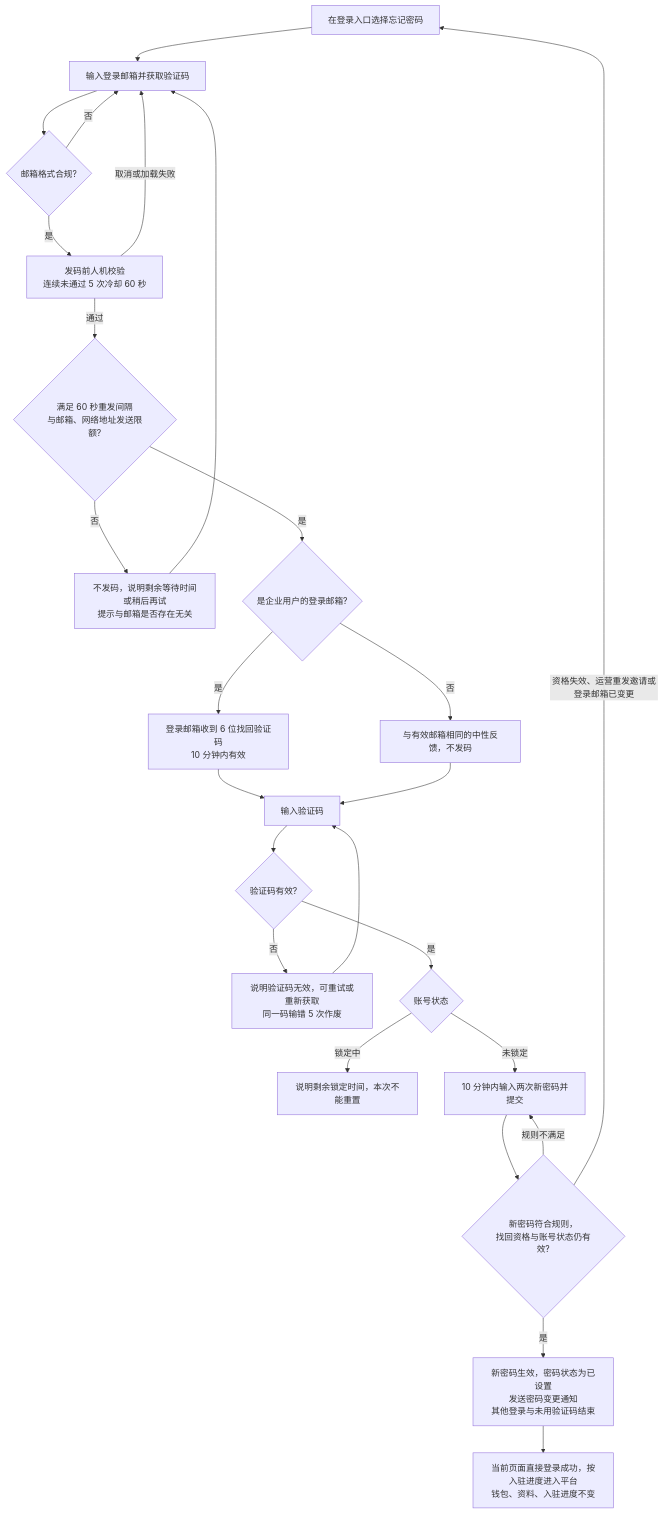
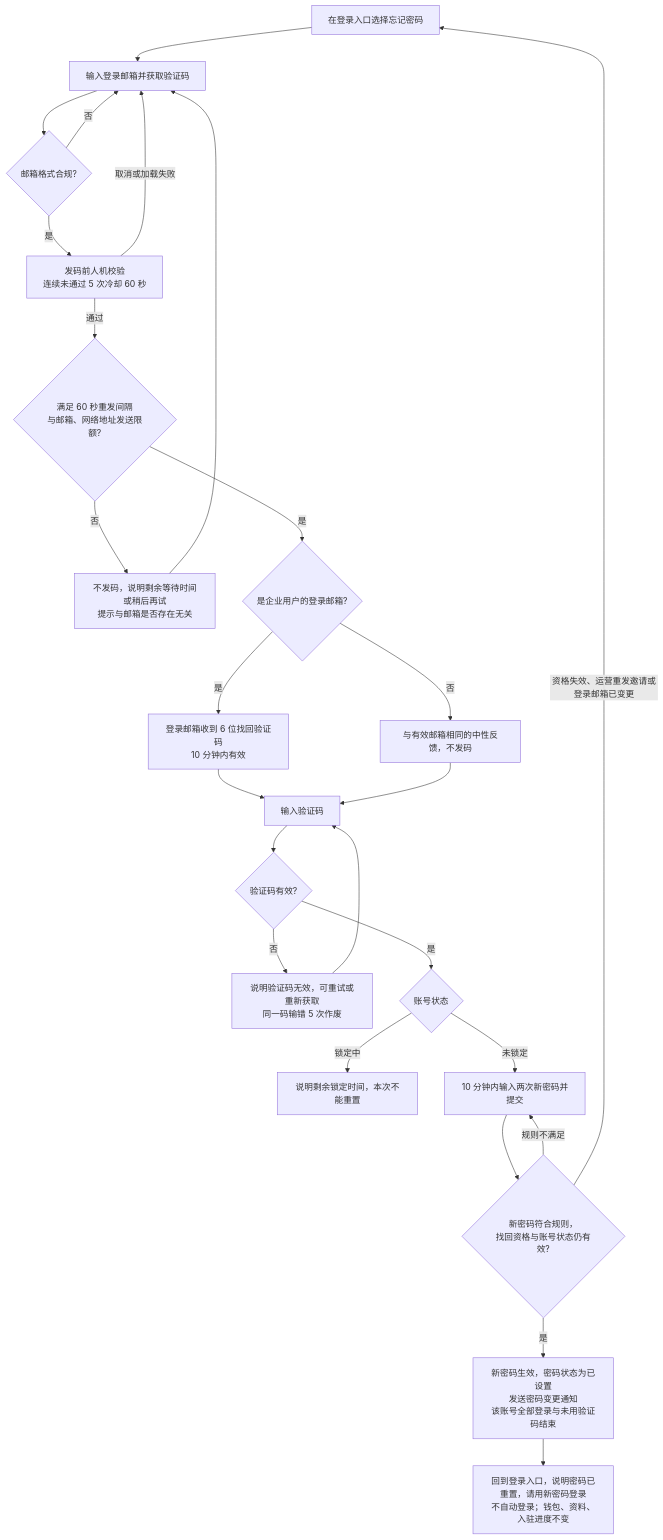
Before and after one commit to wxblockchain/Chain-Financing: the second of 11 diagrams in asset-trust-platform/PRD/企业端/M1-企业登录与首次入驻/02-企业登录与首次入驻-流程图与状态机.md, drawn with Mermaid. The commit also changed other lines of this file and 4 other files, not shown here.

````diff
--- a/asset-trust-platform/PRD/企业端/M1-企业登录与首次入驻/02-企业登录与首次入驻-流程图与状态机.md
+++ b/asset-trust-platform/PRD/企业端/M1-企业登录与首次入驻/02-企业登录与首次入驻-流程图与状态机.md
@@ -67,27 +67,27 @@
 ```mermaid
 flowchart TD
     A[在登录入口选择忘记密码] --> B[输入登录邮箱并获取验证码]
     B --> B0{邮箱格式合规?}
     B0 -->|否| B
     B0 -->|是| C[发码前人机校验<br/>连续未通过 5 次冷却 60 秒]
     C -->|取消或加载失败| B
     C -->|通过| D{满足 60 秒重发间隔<br/>与邮箱、网络地址发送限额?}
     D -->|否| D1[不发码，说明剩余等待时间或稍后再试<br/>提示与邮箱是否存在无关]
     D1 --> B
     D -->|是| E{是企业用户的登录邮箱?}
     E -->|否| E1[与有效邮箱相同的中性反馈，不发码]
     E -->|是| E2[登录邮箱收到 6 位找回验证码<br/>10 分钟内有效]
     E2 --> F[输入验证码]
     E1 --> F
     F --> G{验证码有效?}
     G -->|否| G1[说明验证码无效，可重试或重新获取<br/>同一码输错 5 次作废]
     G1 --> F
     G -->|是| H{账号状态}
     H -->|锁定中| H2[说明剩余锁定时间，本次不能重置]
     H -->|未锁定| I[10 分钟内输入两次新密码并提交]
     I --> J{新密码符合规则，<br/>找回资格与账号状态仍有效?}
     J -->|规则不满足| I
     J -->|资格失效、运营重发邀请或登录邮箱已变更| A
-    J -->|是| K[新密码生效，密码状态为已设置<br/>发送密码变更通知<br/>其他登录与未用验证码结束]
-    K --> L[当前页面直接登录成功，按入驻进度进入平台<br/>钱包、资料、入驻进度不变]
+    J -->|是| K[新密码生效，密码状态为已设置<br/>发送密码变更通知<br/>该账号全部登录与未用验证码结束]
+    K --> L[回到登录入口，说明密码已重置，请用新密码登录<br/>不自动登录；钱包、资料、入驻进度不变]
 ```
````
